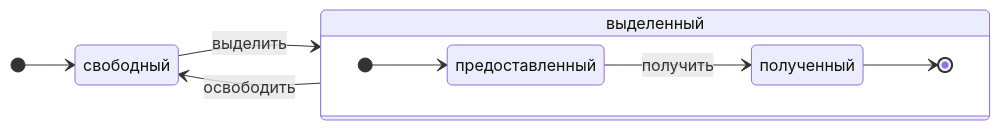
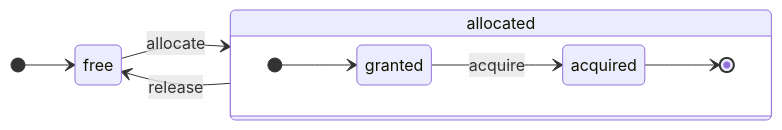
One commit to ClickHouse/clickhouse-docs changed the diagram in i18n/ru/docusaurus-plugin-content-docs/current/development/architecture.md. Above: the diagram before and after it, drawn with Mermaid. The commit also changed 1785 other files, not shown here.

````diff
--- a/i18n/ru/docusaurus-plugin-content-docs/current/development/architecture.md
+++ b/i18n/ru/docusaurus-plugin-content-docs/current/development/architecture.md
@@ -223,13 +223,13 @@
 ```mermaid
 stateDiagram-v2
     direction LR
-    [*] --> свободный
-    свободный --> выделенный: выделить
-    state выделенный {
+    [*] --> free
+    free --> allocated: allocate
+    state allocated {
         direction LR
-        [*] --> предоставленный
-        предоставленный --> полученный: получить
-        полученный --> [*]
+        [*] --> granted
+        granted --> acquired: acquire
+        acquired --> [*]
     }
-    выделенный --> свободный: освободить
+    allocated --> free: release
 ```
````
